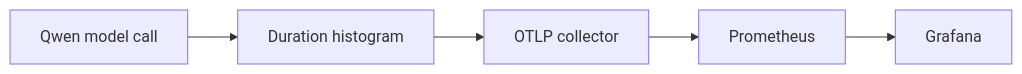
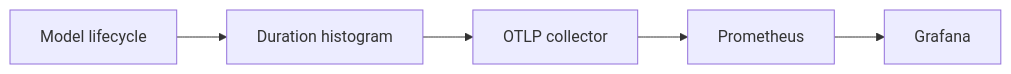
One commit to agentty-xyz/agentty changed the fifth of 5 diagrams in docs/site/content/docs/architecture/ag-harness-design.md. Above: the diagram before and after it, drawn with Mermaid. The commit also changed other lines of this file and 8 other files, not shown here.

First line of the commit message:
Centralizes model request lifecycle

````diff
--- a/docs/site/content/docs/architecture/ag-harness-design.md
+++ b/docs/site/content/docs/architecture/ag-harness-design.md
@@ -145,7 +148,7 @@
 ```mermaid
 flowchart LR
-    C["Qwen model call"] --> M["Duration histogram"]
+    C["Model lifecycle"] --> M["Duration histogram"]
     M --> O["OTLP collector"]
     O --> P["Prometheus"]
     P --> G["Grafana"]
 ```
````
